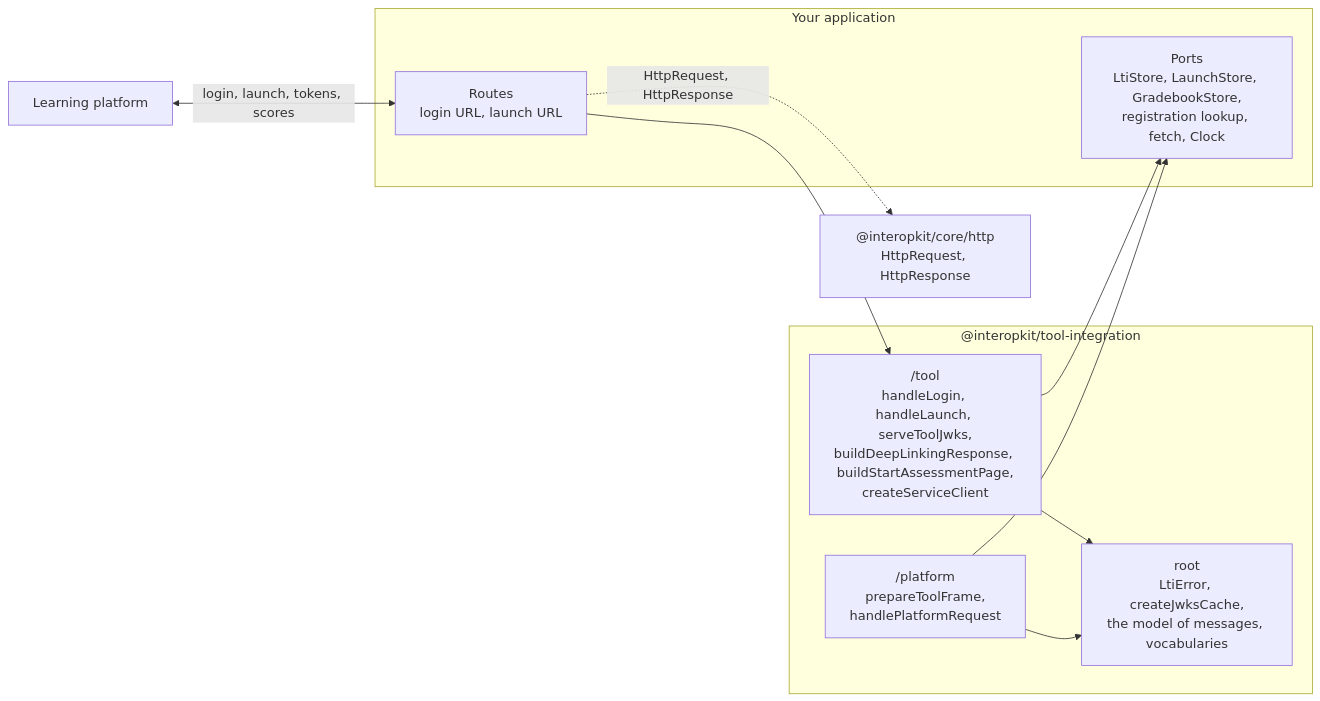
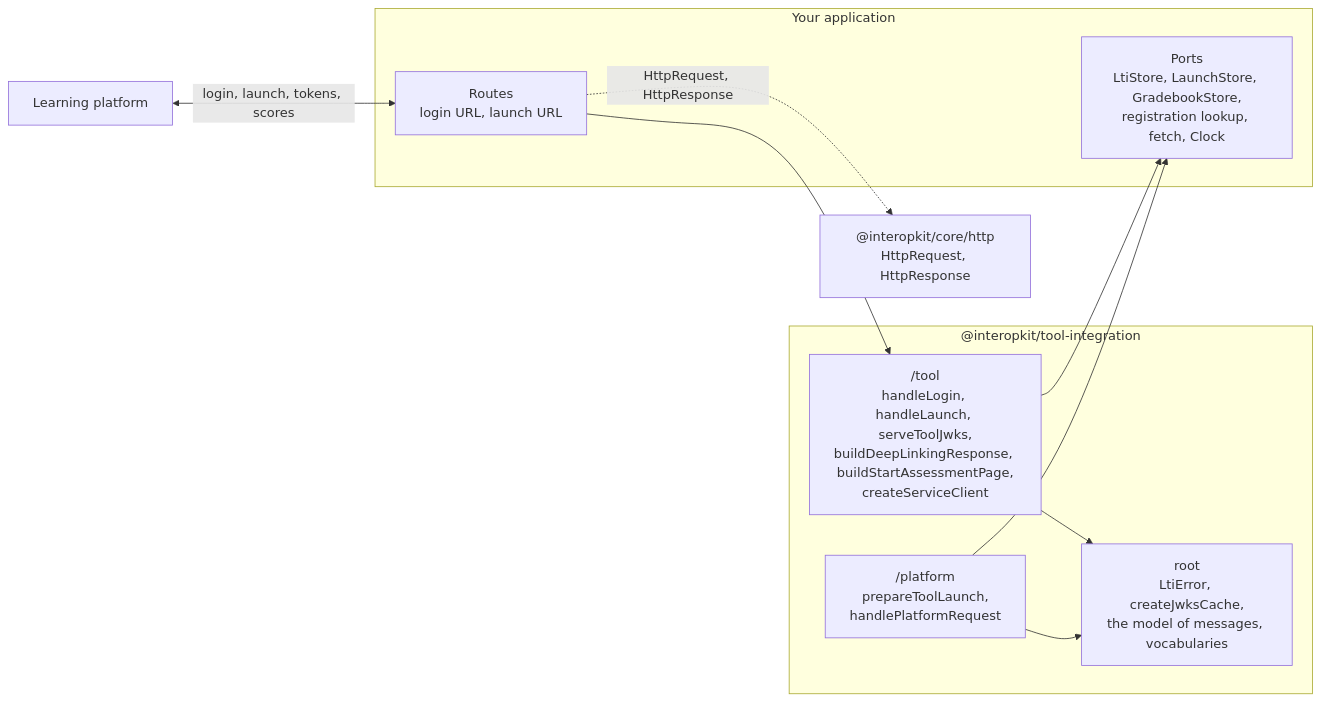
One commit to interopkit/interopkit changed the diagram in packages/tool-integration/README.md. Above: the diagram before and after it, drawn with Mermaid. The commit also changed other lines of this file and 22 other files, not shown here.

First line of the commit message:
Prepare a launch with one function, prepareToolLaunch, and fix the names of the two frames

````diff
--- a/packages/tool-integration/README.md
+++ b/packages/tool-integration/README.md
@@ -73,21 +73,21 @@
 ```mermaid
 flowchart LR
   platform["Learning platform"]
   subgraph host["Your application"]
     routes["Routes<br/>login URL, launch URL"]
     ports["Ports<br/>LtiStore, LaunchStore, GradebookStore,<br/>registration lookup, fetch, Clock"]
   end
   subgraph pkg["@interopkit/tool-integration"]
     tool["/tool<br/>handleLogin, handleLaunch, serveToolJwks,<br/>buildDeepLinkingResponse, buildStartAssessmentPage,<br/>createServiceClient"]
-    platformRole["/platform<br/>prepareToolFrame,<br/>handlePlatformRequest"]
+    platformRole["/platform<br/>prepareToolLaunch,<br/>handlePlatformRequest"]
     root["root<br/>LtiError, createJwksCache,<br/>the model of messages, vocabularies"]
   end
   http["@interopkit/core/http<br/>HttpRequest, HttpResponse"]
   platform <-->|"login, launch, tokens, scores"| routes
   routes --> tool
   routes -.->|"HttpRequest, HttpResponse"| http
   tool --> ports
   platformRole --> ports
   tool --> root
   platformRole --> root
 ```
````
